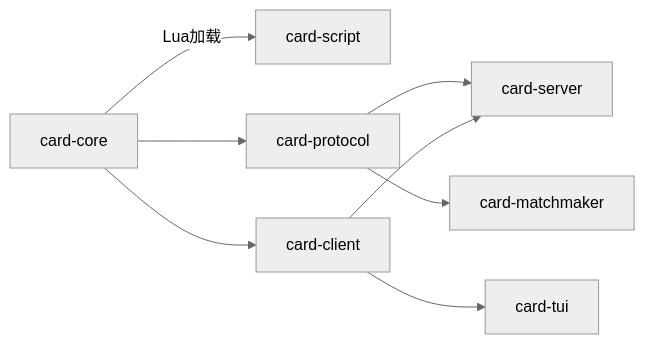
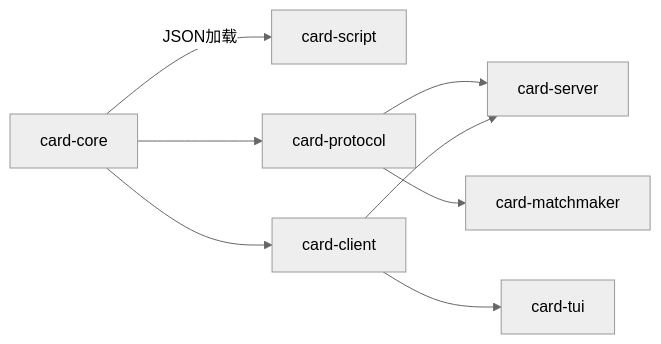
Before and after one commit to zzhgithub/card_v3: the diagram in docs/architecture.md, drawn with Mermaid (neutral theme). The commit also changed other lines of this file and 9 other files, not shown here.

````diff
--- a/docs/architecture.md
+++ b/docs/architecture.md
@@ -46,10 +46,10 @@
 ```mermaid
 graph LR
-  card-core -->|Lua加载| card-script
+  card-core -->|JSON加载| card-script
   card-core --> card-protocol
   card-core --> card-client
   card-protocol --> card-server
   card-client --> card-server
   card-client --> card-tui
   card-protocol --> card-matchmaker
 ```
````
